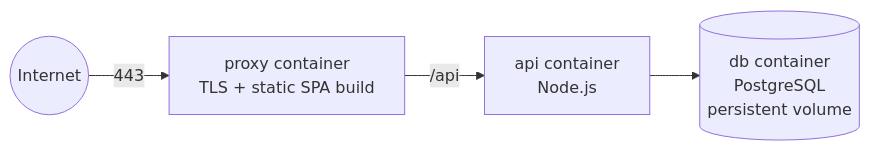
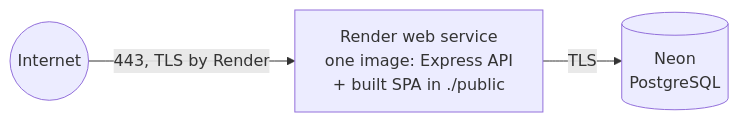
The fifth of 5 diagrams in ARCHITECTURE.md (Divyansh3105/RescueAI), drawn with Mermaid before and after one commit. The commit also changed other lines of this file and 15 other files, not shown here.

First line of the commit message:
build: deploy on Render free tier with Neon PostgreSQL

````diff
--- a/ARCHITECTURE.md
+++ b/ARCHITECTURE.md
@@ -298,6 +297,5 @@
 ```mermaid
 flowchart LR
-  I((Internet)) -->|443| PX["proxy container<br/>TLS + static SPA build"]
-  PX -->|/api| API["api container<br/>Node.js"]
-  API --> PG[("db container<br/>PostgreSQL<br/>persistent volume")]
+  I((Internet)) -->|443, TLS by Render| APP["Render web service<br/>one image: Express API<br/>+ built SPA in ./public"]
+  APP -->|TLS| PG[("Neon<br/>PostgreSQL")]
 ```
````
